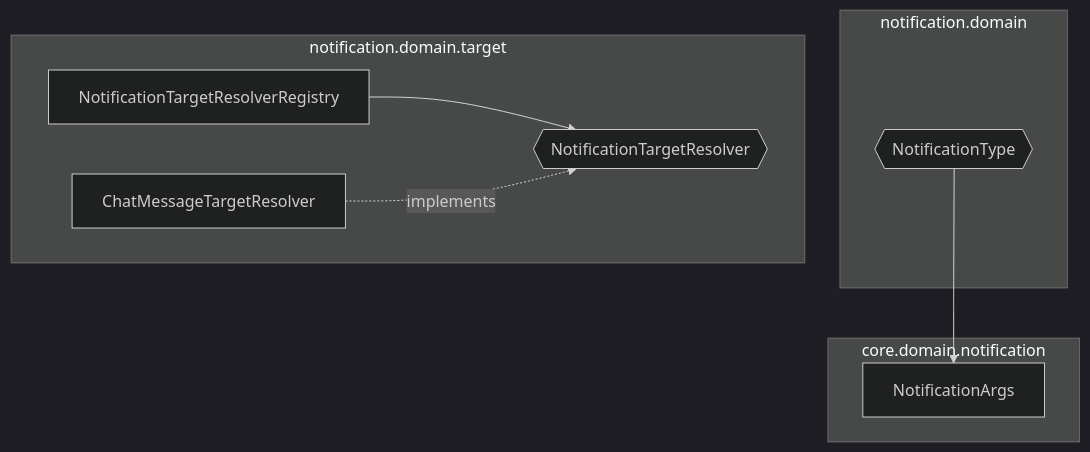
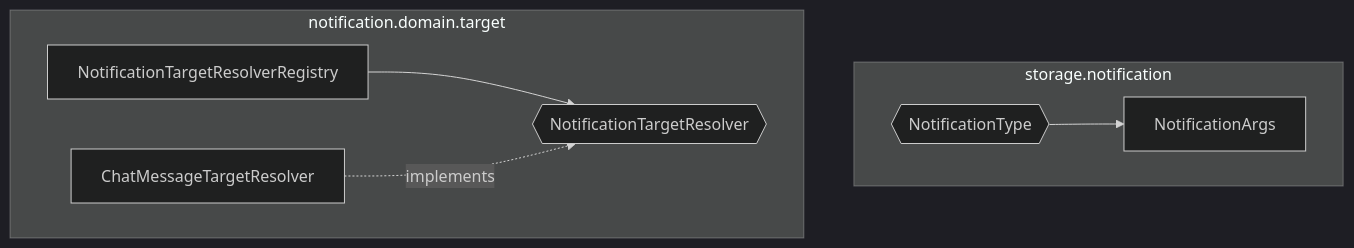
One commit to mortonCareer/bconnect changed the fourth of 4 diagrams in apps/api/docs/notification-architecture.md. Above: the diagram before and after it, drawn with Mermaid (dark theme). The commit also changed other lines of this file and 32 other files, not shown here.

````diff
--- a/apps/api/docs/notification-architecture.md
+++ b/apps/api/docs/notification-architecture.md
@@ -180,17 +181,15 @@
 ```mermaid
 graph TD
-    subgraph notification.domain
+    subgraph storage.notification
         Type{{NotificationType}}
+        Args[NotificationArgs]
     end
     subgraph notification.domain.target
         Reg[NotificationTargetResolverRegistry]
         R{{NotificationTargetResolver}}
         Chat[ChatMessageTargetResolver]
     end
-    subgraph core.domain.notification
-        Args[NotificationArgs]
-    end
     Reg --> R
     Chat -.implements.-> R
     Type --> Args
 ```
````
